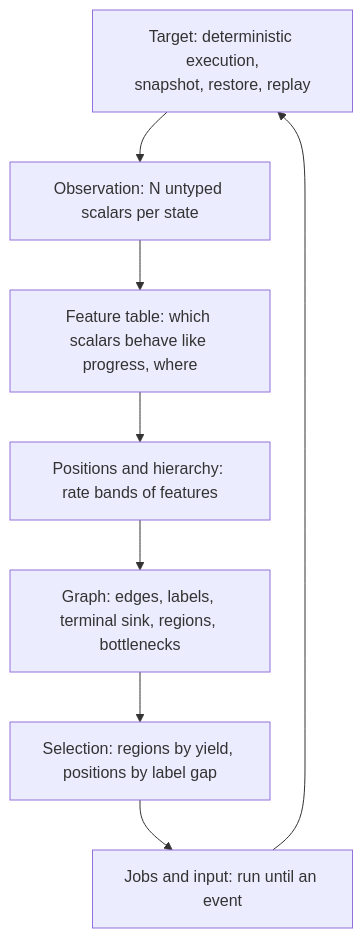
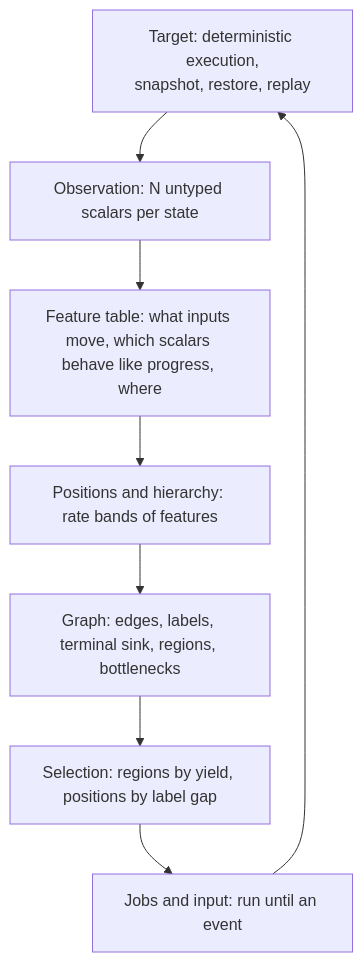
Before and after one commit to pH14/harmony: the first of 4 diagrams in DISSONANCE-V3-DESIGN.md, drawn with Mermaid. The commit also changed other lines of this file, not shown here.

First line of the commit message:
Learn which scalars each control moves and define stock as a scalar that gates a control's effect

````diff
--- a/DISSONANCE-V3-DESIGN.md
+++ b/DISSONANCE-V3-DESIGN.md
@@ -16,11 +16,11 @@
 ```mermaid
 flowchart TB
     T[Target: deterministic execution,<br/>snapshot, restore, replay]
     O[Observation: N untyped scalars per state]
-    F[Feature table: which scalars behave like progress, where]
+    F[Feature table: what inputs move, which scalars behave like progress, where]
     P[Positions and hierarchy: rate bands of features]
     G[Graph: edges, labels, terminal sink, regions, bottlenecks]
     S[Selection: regions by yield, positions by label gap]
     J[Jobs and input: run until an event]
     T --> O --> F --> P --> G --> S --> J --> T
 ```
````
